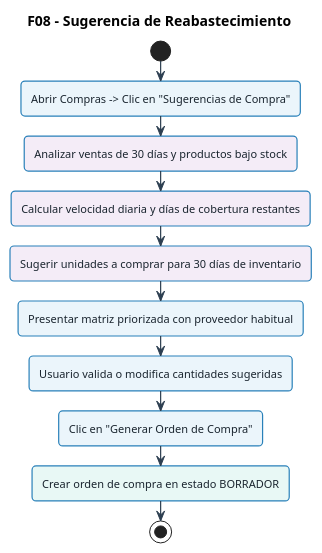
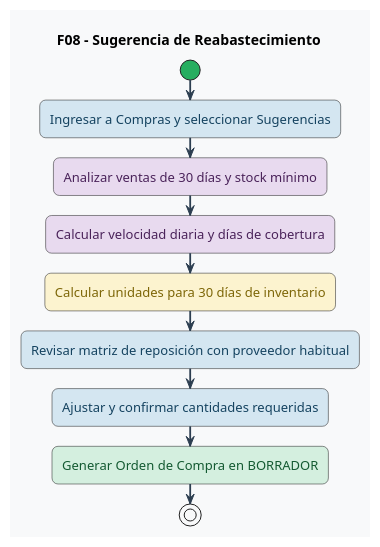
One commit to xmenil/ERP-KIPUS changed the eighth of 11 diagrams in docs/UML-flujos/flujos-consolidados-kipu.md. Above: the diagram before and after it, drawn with PlantUML. The commit also changed other lines of this file and 23 other files, not shown here.

Commit message:
docs: actualizar diagramas PlantUML estilo Bizagi BPMN y corregir advertencias de sintaxis

````diff
--- a/docs/UML-flujos/flujos-consolidados-kipu.md
+++ b/docs/UML-flujos/flujos-consolidados-kipu.md
@@ -491,42 +632,64 @@
 ```plantuml
 @startuml
+<style>
+activityDiagram {
+  BackgroundColor #F8F9FA
+  BorderColor #2C3E50
+  FontColor #1A252F
+  FontSize 13
+  FontName "Segoe UI", Arial, sans-serif
+  RoundCorner 12
+  Padding 10
+  Margin 8
+
+  .verde {
+    BackgroundColor #D4EFDF
+    BorderColor #27AE60
+    FontColor #145A32
+  }
+  .amarillo {
+    BackgroundColor #FCF3CF
+    BorderColor #F39C12
+    FontColor #7D6608
+  }
+  .azul {
+    BackgroundColor #D4E6F1
+    BorderColor #2980B9
+    FontColor #154360
+  }
+  .morado {
+    BackgroundColor #E8DAEF
+    BorderColor #8E44AD
+    FontColor #4A235A
+  }
+  .rojo {
+    BackgroundColor #FADBD8
+    BorderColor #C0392B
+    FontColor #78281F
+  }
+}
+</style>
+
 skinparam defaultFontName "Segoe UI", Arial, sans-serif
-skinparam defaultFontSize 11
-skinparam roundCorner 8
-skinparam shadowing false
 skinparam ArrowColor #2C3E50
-skinparam ArrowThickness 1.2
-
-skinparam activity {
-  BackgroundColor #EBF5FB
-  BorderColor #2980B9
-  BorderThickness 1.2
-  FontColor #1A252F
-}
-skinparam decision {
-  BackgroundColor #FEF9E7
-  BorderColor #F39C12
-  BorderThickness 1.2
-  FontColor #7D6608
-}
-skinparam start {
-  Color #27AE60
-}
-skinparam stop {
-  Color #C0392B
-}
+skinparam ArrowThickness 1.8
+skinparam activityStartColor #27AE60
+skinparam activityEndColor #C0392B
+skinparam activityDiamondBackgroundColor #FCF3CF
+skinparam activityDiamondBorderColor #F39C12
+skinparam activityDiamondFontColor #7D6608
+skinparam activityDiamondFontSize 12
 
 title F08 - Sugerencia de Reabastecimiento
 
 start
-:Abrir Compras -> Clic en "Sugerencias de Compra";
-#F4ECF7:Analizar ventas de 30 días y productos bajo stock;
-#F4ECF7:Calcular velocidad diaria y días de cobertura restantes;
-#F4ECF7:Sugerir unidades a comprar para 30 días de inventario;
-:Presentar matriz priorizada con proveedor habitual;
-:Usuario valida o modifica cantidades sugeridas;
-:Clic en "Generar Orden de Compra";
-#E8F8F5:Crear orden de compra en estado BORRADOR;
+:Ingresar a Compras y seleccionar Sugerencias; <<azul>>
+:Analizar ventas de 30 días y stock mínimo; <<morado>>
+:Calcular velocidad diaria y días de cobertura; <<morado>>
+:Calcular unidades para 30 días de inventario; <<amarillo>>
+:Revisar matriz de reposición con proveedor habitual; <<azul>>
+:Ajustar y confirmar cantidades requeridas; <<azul>>
+:Generar Orden de Compra en BORRADOR; <<verde>>
 stop
 @enduml
 ```
````
